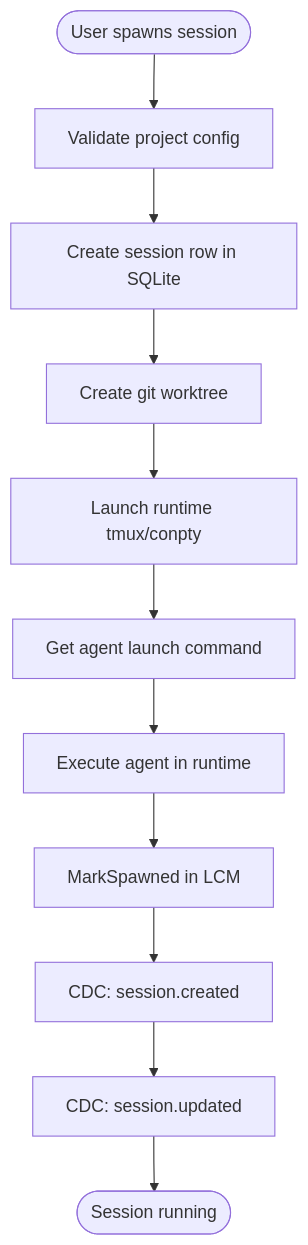
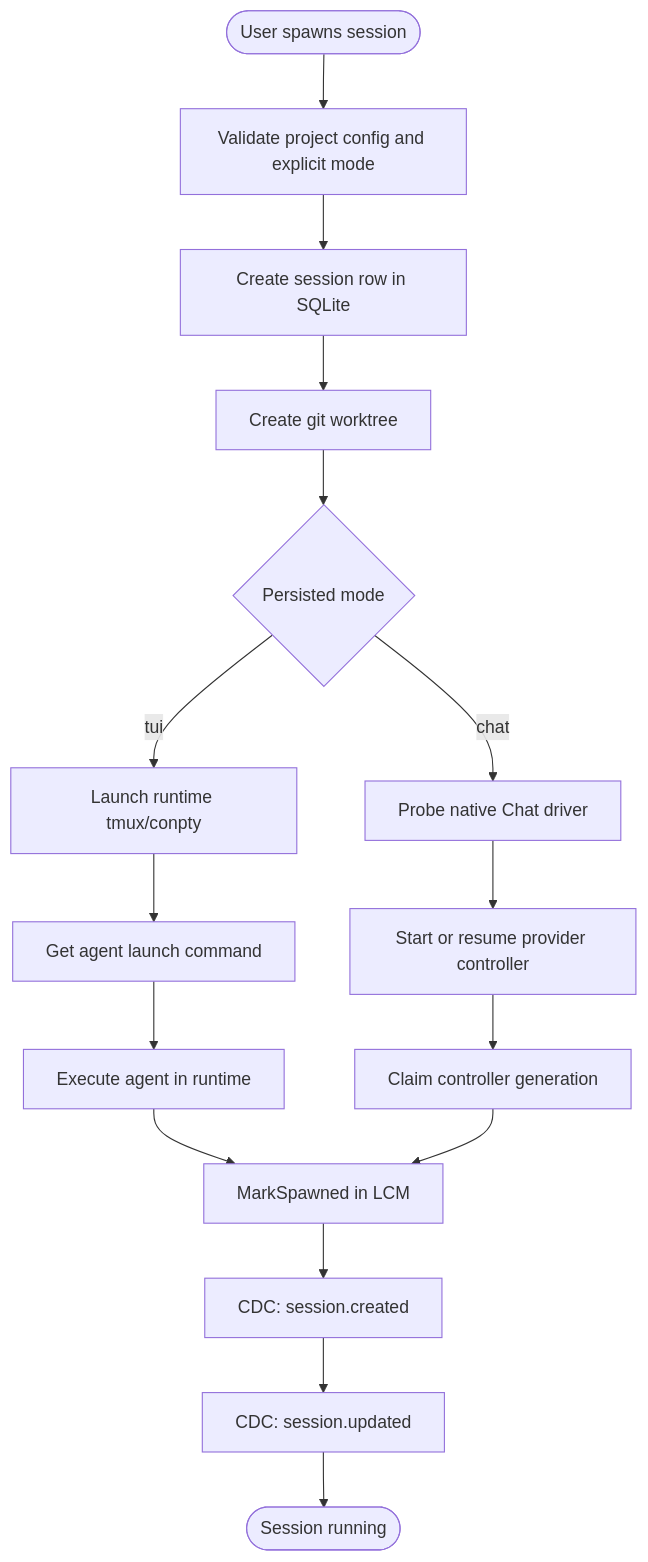
The seventh of 23 diagrams in docs/architecture.md (AgentWrapper/agent-orchestrator), drawn with Mermaid before and after one commit. The commit also changed other lines of this file and 17 other files, not shown here.

Commit message:
fix(chat): enforce controller and protocol invariants

````diff
--- a/docs/architecture.md
+++ b/docs/architecture.md
@@ -266,14 +279,19 @@
 ```mermaid
 flowchart TD
-    Start([User spawns session]) --> Validate[Validate project config]
+    Start([User spawns session]) --> Validate[Validate project config and explicit mode]
     Validate --> CreateRow[Create session row in SQLite]
     CreateRow --> CreateWS[Create git worktree]
-    CreateWS --> CreateRT[Launch runtime tmux/conpty]
+    CreateWS --> Mode{Persisted mode}
+    Mode -->|tui| CreateRT[Launch runtime tmux/conpty]
     CreateRT --> GetCmd[Get agent launch command]
     GetCmd --> ExecAgent[Execute agent in runtime]
+    Mode -->|chat| Preflight[Probe native Chat driver]
+    Preflight --> ChatController[Start or resume provider controller]
+    ChatController --> Fence[Claim controller generation]
     ExecAgent --> MarkSpawned[MarkSpawned in LCM]
+    Fence --> MarkSpawned
     MarkSpawned --> Trigger1[CDC: session.created]
     Trigger1 --> Trigger2[CDC: session.updated]
     Trigger2 --> Done([Session running])
 
 ```
````
